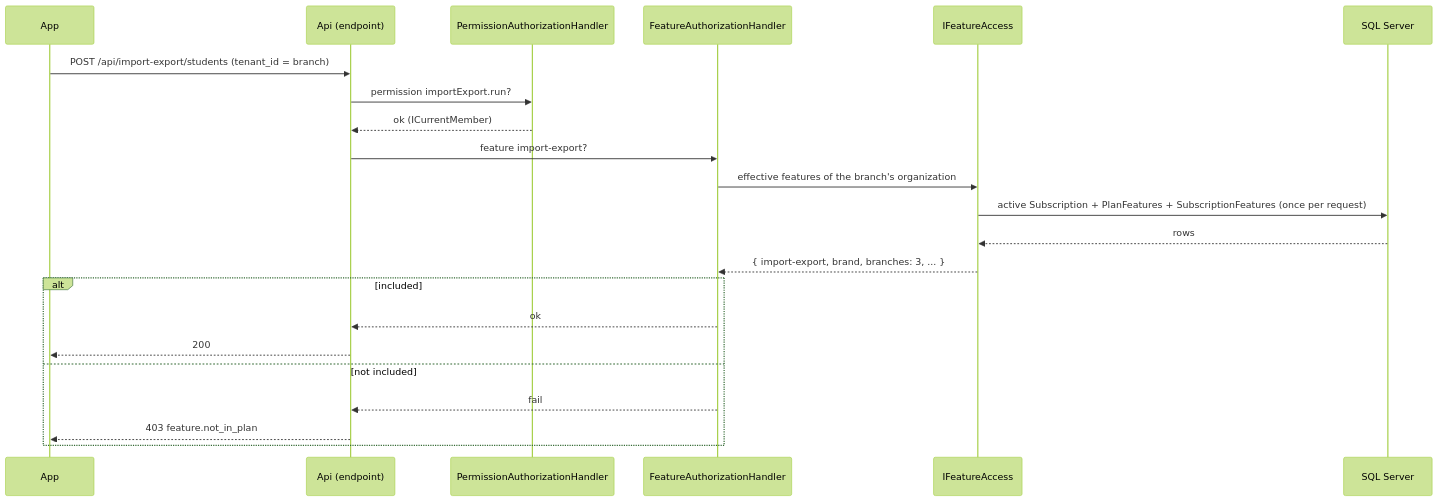
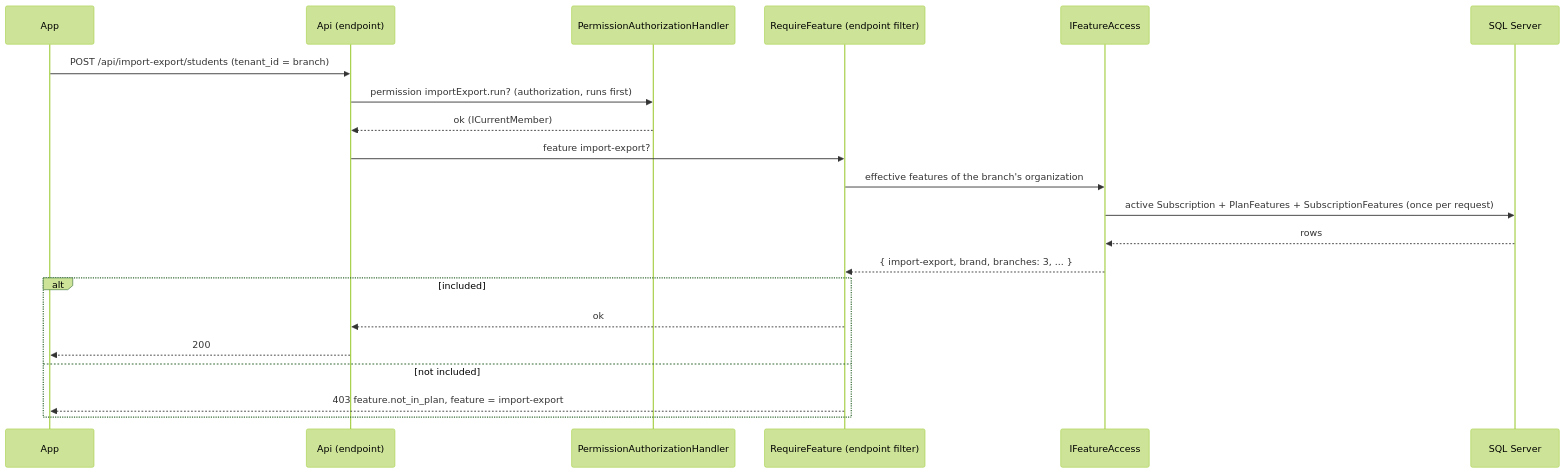
One commit to alejandrolazarte/class-manager changed the second of 2 diagrams in docs/backend/20261003-subscriptions/plan.md. Above: the diagram before and after it, drawn with Mermaid (forest theme). The commit also changed other lines of this file and 31 other files, not shown here.

First line of the commit message:
feat(subscriptions): gate import/export, custom roles and the branch limit

````diff
--- a/docs/backend/20261003-subscriptions/plan.md
+++ b/docs/backend/20261003-subscriptions/plan.md
@@ -126,25 +127,24 @@
 ```mermaid
 sequenceDiagram
     participant App
     participant Api as Api (endpoint)
     participant Perm as PermissionAuthorizationHandler
-    participant Feat as FeatureAuthorizationHandler
+    participant Feat as RequireFeature (endpoint filter)
     participant Sub as IFeatureAccess
     participant Db as SQL Server
 
     App->>Api: POST /api/import-export/students (tenant_id = branch)
-    Api->>Perm: permission importExport.run?
+    Api->>Perm: permission importExport.run? (authorization, runs first)
     Perm-->>Api: ok (ICurrentMember)
     Api->>Feat: feature import-export?
     Feat->>Sub: effective features of the branch's organization
     Sub->>Db: active Subscription + PlanFeatures + SubscriptionFeatures (once per request)
     Db-->>Sub: rows
     Sub-->>Feat: { import-export, brand, branches: 3, ... }
     alt included
         Feat-->>Api: ok
         Api-->>App: 200
     else not included
-        Feat-->>Api: fail
-        Api-->>App: 403 feature.not_in_plan
+        Feat-->>App: 403 feature.not_in_plan, feature = import-export
     end
 ```
````
